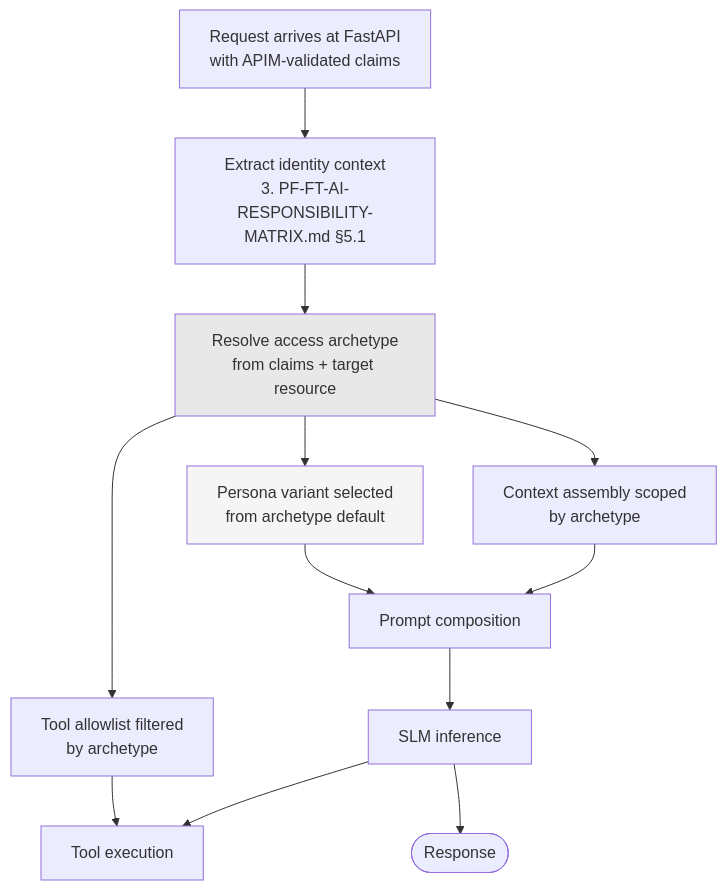
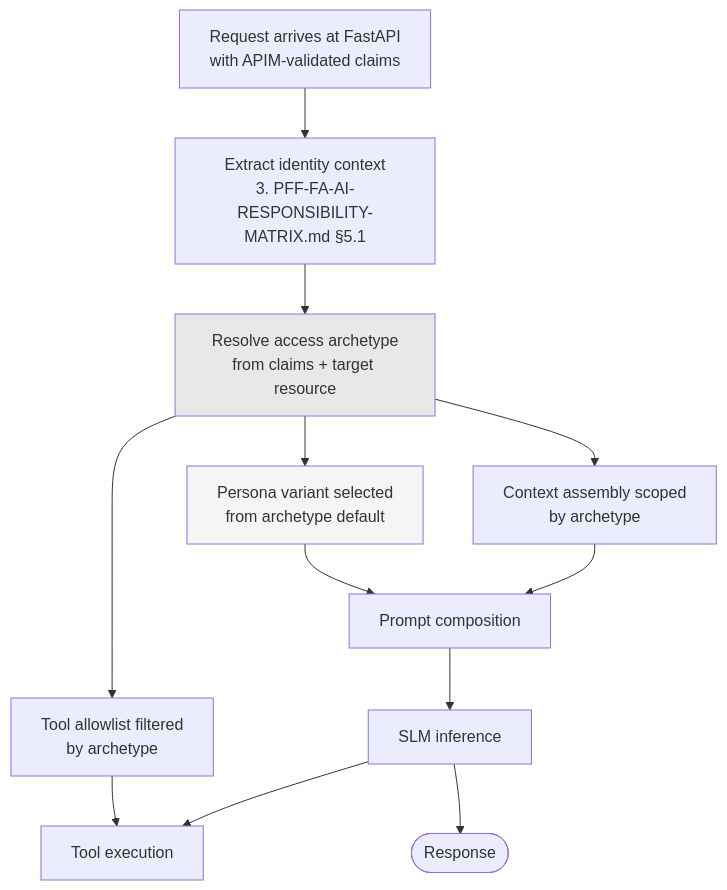
The diagram in docs/architecture/adr/01-business-architecture/ADR-D1-07-persona-model-and-access-archetypes.md (gobimca87/PF-FT), drawn with Mermaid before and after one commit. The commit also changed other lines of this file and 880 other files, not shown here.

````diff
--- a/docs/architecture/adr/01-business-architecture/ADR-D1-07-persona-model-and-access-archetypes.md
+++ b/docs/architecture/adr/01-business-architecture/ADR-D1-07-persona-model-and-access-archetypes.md
@@ -318,17 +318,17 @@
 ```mermaid
 flowchart TD
-    A[Request arrives at FastAPI<br/>with APIM-validated claims] --> B[Extract identity context<br/>3. PF-FT-AI-RESPONSIBILITY-MATRIX.md §5.1]
+    A[Request arrives at FastAPI<br/>with APIM-validated claims] --> B[Extract identity context<br/>3. PFF-FA-AI-RESPONSIBILITY-MATRIX.md §5.1]
     B --> C[Resolve access archetype<br/>from claims + target resource]
     C --> D[Context assembly scoped<br/>by archetype]
     C --> E[Tool allowlist filtered<br/>by archetype]
     C --> F[Persona variant selected<br/>from archetype default]
     F --> G[Prompt composition]
     D --> G
     E --> H[Tool execution]
     G --> I[SLM inference]
     I --> H
     I --> J([Response])
 
     style C fill:#e8e8e8
     style F fill:#f5f5f5
 ```
````
